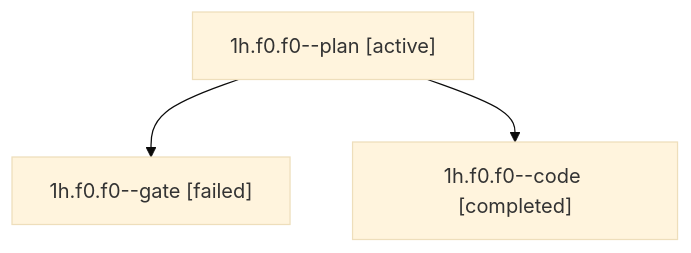
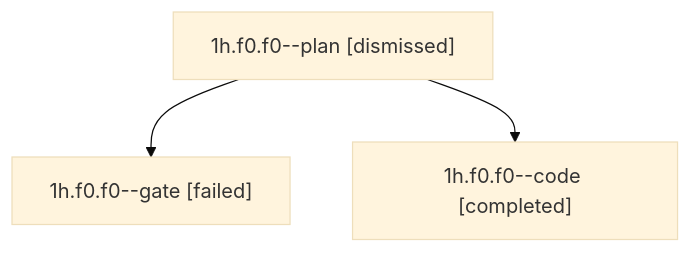
The diagram in sessions/bbugyi200.apollo.1h.f0.f0.md (sase-org/sase--agents), drawn with Mermaid (base theme) before and after one commit. The commit also changed other lines of this file and 60 other files, not shown here.

````diff
--- a/sessions/bbugyi200.apollo.1h.f0.f0.md
+++ b/sessions/bbugyi200.apollo.1h.f0.f0.md
@@ -9,8 +9,8 @@
 ```mermaid
 flowchart TD
-  n0["1h.f0.f0--plan [active]"]
+  n0["1h.f0.f0--plan [dismissed]"]
   n1["1h.f0.f0--gate [failed]"]
   n0 --> n1
   n2["1h.f0.f0--code [completed]"]
   n0 --> n2
 ```
````
